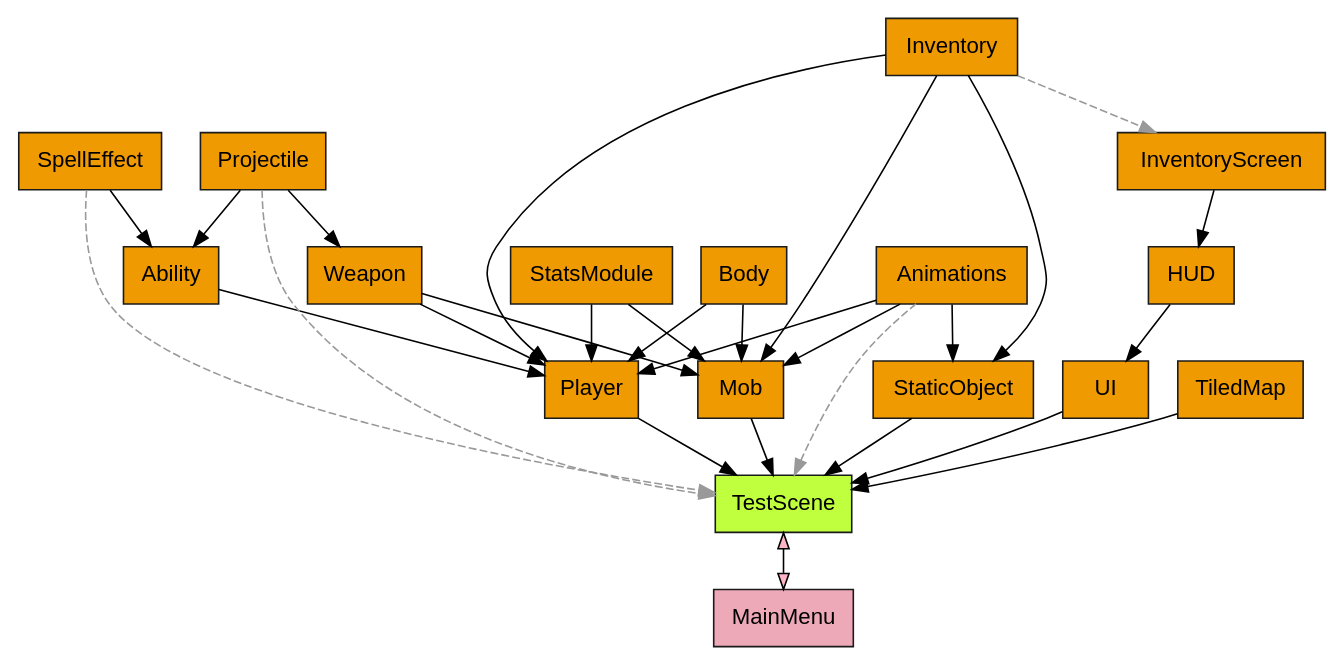
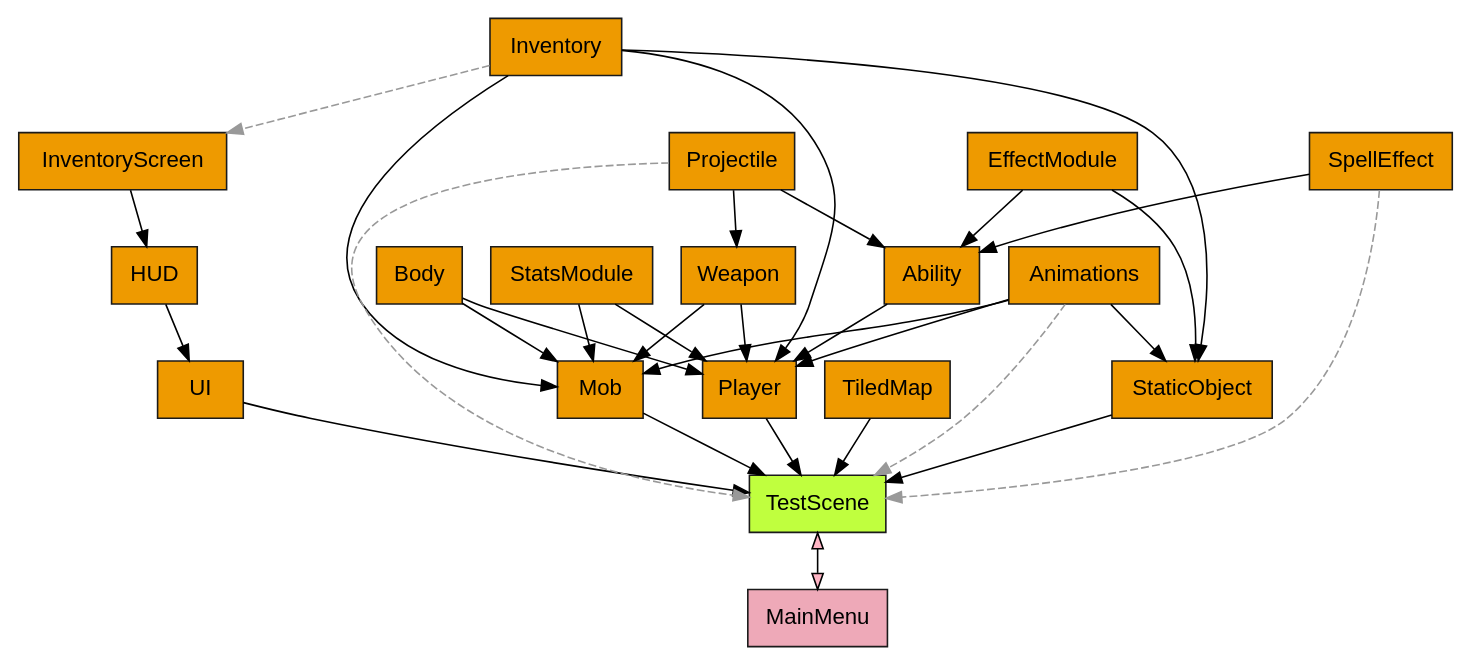
The diagram in scene_layout.dot (NiclasEriksen/godot_rpg), drawn with Graphviz before and after one commit. The commit also changed 7 other files, not shown here.

Commit message:
Updated graph.

```diff
--- a/scene_layout.dot
+++ b/scene_layout.dot
@@ -1,37 +1,40 @@
 digraph {
     graph [fontname="helvetica", fillcolor="orange2"]
     node [
         shape="box",
         fontname="helvetica",
         style=filled,
         fillcolor="orange2", color="grey10"
     ]
     # label="Scene instancing layout"
     root[label="TestScene", fillcolor="olivedrab1"]
     MainMenu[fillcolor="pink2"]
     Body -> Player -> root
     Body -> Mob -> root
     Weapon -> Mob
 	Weapon -> Player
     InventoryScreen -> HUD
     Inventory -> StaticObject
     Inventory -> InventoryScreen [color="grey60", style=dashed]
     Inventory -> Player
     Inventory -> Mob
     Ability -> Player
     StatsModule -> Player
     StatsModule -> Mob
+    EffectModule -> Ability
+    EffectModule -> StaticObject
+    # EffectModule -> StatsModule [color="grey60", style=dashed]
     Animations -> Player
     Animations -> Mob
     Animations -> StaticObject
     Animations -> root [color="grey60", style=dashed]
     TiledMap -> root
     HUD -> UI -> root
     StaticObject -> root
     Projectile -> Weapon
     Projectile -> Ability
     SpellEffect -> Ability
     Projectile -> root [color="grey60", style=dashed]
     SpellEffect -> root [color="grey60", style=dashed]
     root -> MainMenu [dir=both, fillcolor="pink1"]
 }
```
